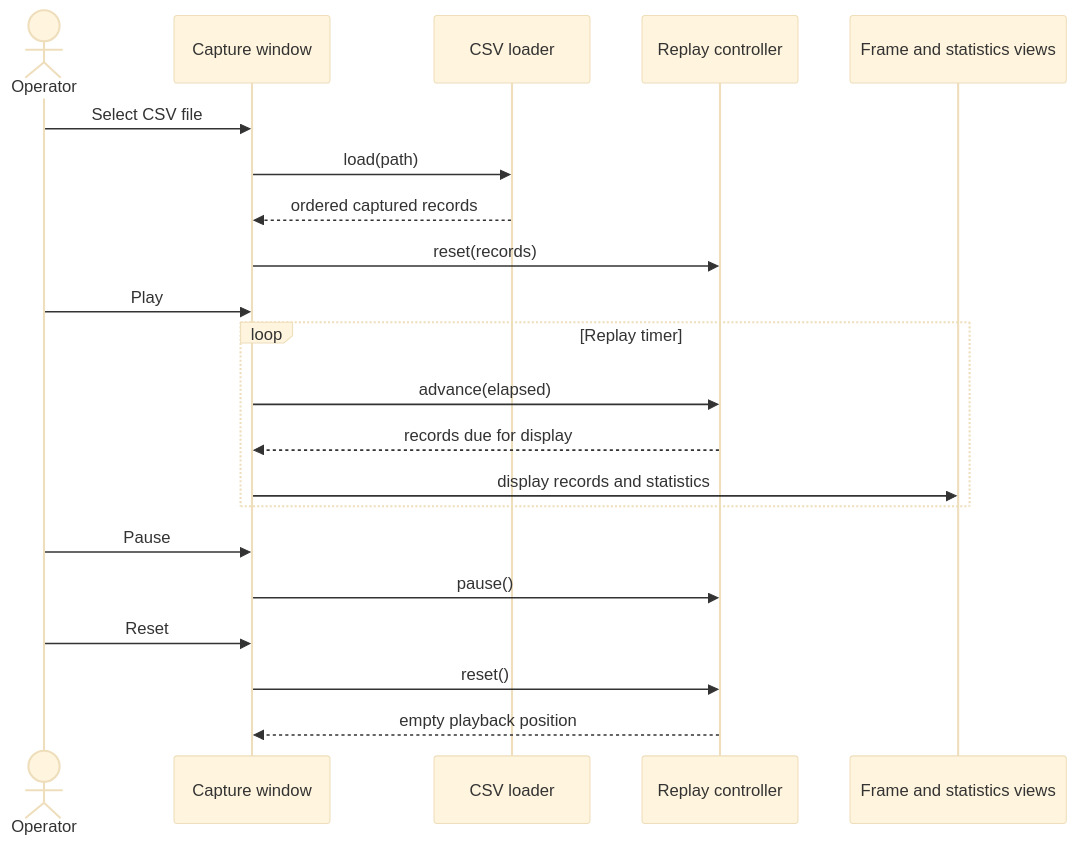
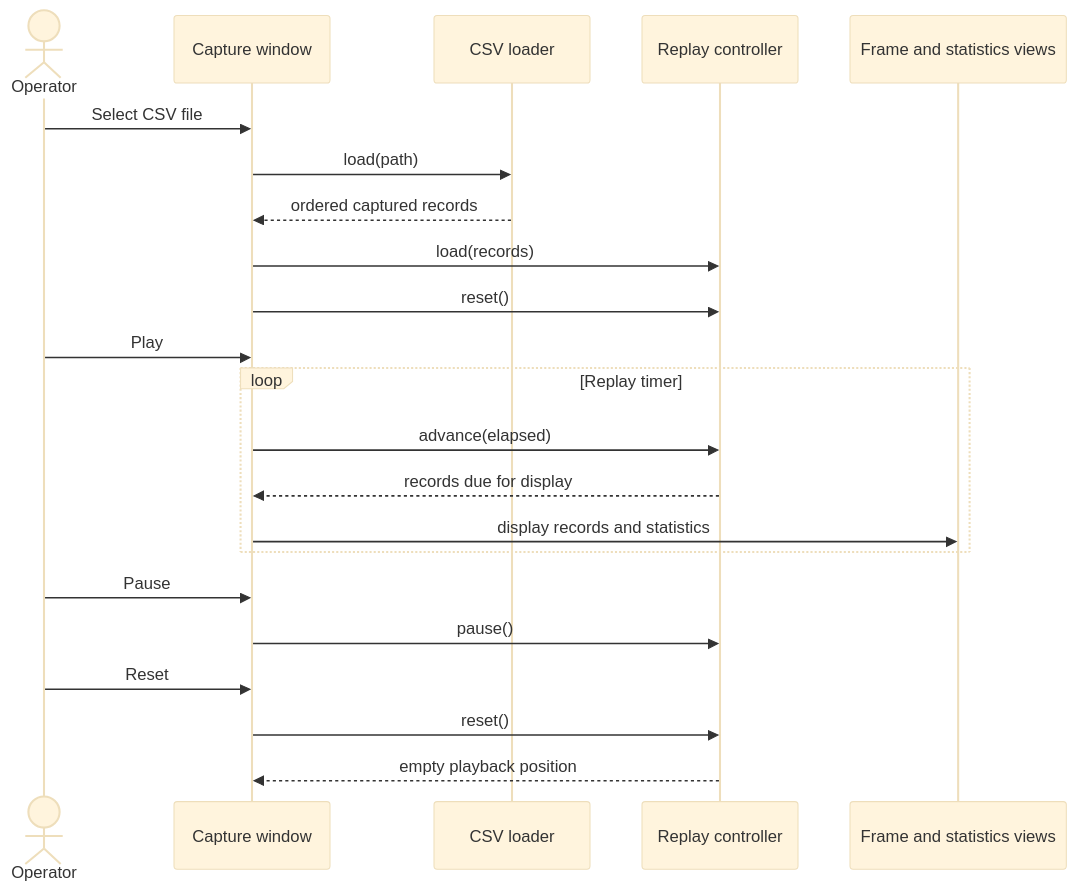
Before and after one commit to benoit-bremaud/can-sniffer: the diagram in docs/architecture/diagrams/offline-replay/02-sequence-replay-capture.md, drawn with Mermaid (base theme). The commit also changed 5 other files, not shown here.

````diff
--- a/docs/architecture/diagrams/offline-replay/02-sequence-replay-capture.md
+++ b/docs/architecture/diagrams/offline-replay/02-sequence-replay-capture.md
@@ -12,24 +12,25 @@
 ```mermaid
 sequenceDiagram
     actor Operator
     participant Window as Capture window
     participant Loader as CSV loader
     participant Replay as Replay controller
     participant View as Frame and statistics views
 
     Operator->>Window: Select CSV file
     Window->>Loader: load(path)
     Loader-->>Window: ordered captured records
-    Window->>Replay: reset(records)
+    Window->>Replay: load(records)
+    Window->>Replay: reset()
     Operator->>Window: Play
     loop Replay timer
         Window->>Replay: advance(elapsed)
         Replay-->>Window: records due for display
         Window->>View: display records and statistics
     end
     Operator->>Window: Pause
     Window->>Replay: pause()
     Operator->>Window: Reset
     Window->>Replay: reset()
     Replay-->>Window: empty playback position
 ```
````
